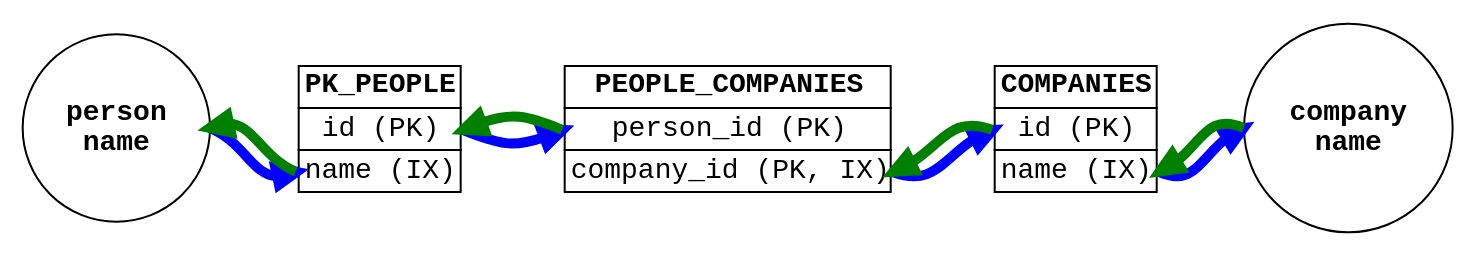
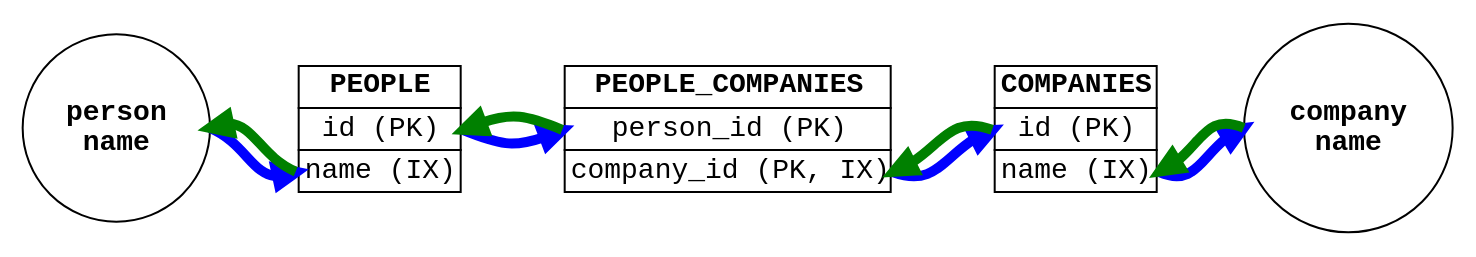
Before and after one commit to dangermike/associative_entity_redux: the diagram in img/abstract.dot, drawn with Graphviz. The commit also changed 8 other files, not shown here.

```diff
--- a/img/abstract.dot
+++ b/img/abstract.dot
@@ -1,53 +1,53 @@
 digraph {
     rankdir=LR
     node [fontname="courier"]
     graph [fontname="courier-bold" fontsize="18"]
 
     {
         node [fontname="courier-bold" shape="circle"]
         start_p [label="person\nname"]
         start_c [label="company\nname"]
     }
 
     pc [shape="plaintext" label=<<TABLE  BORDER="0" CELLBORDER="1" CELLSPACING="0">
         <TR><TD><B>PEOPLE_COMPANIES</B></TD></TR>
         <TR><TD port="pid">person_id (PK)</TD></TR>
         <TR><TD port="cid">company_id (PK, IX)</TD></TR>
     </TABLE>>]
 
     companies [shape="plaintext" label=<<TABLE  BORDER="0" CELLBORDER="1" CELLSPACING="0">
         <TR><TD><B>COMPANIES</B></TD></TR>
         <TR><TD port="cid">id (PK)</TD></TR>
         <TR><TD port="name">name (IX)</TD></TR>
     </TABLE>>]
 
     people [shape="plaintext" label=<<TABLE  BORDER="0" CELLBORDER="1" CELLSPACING="0">
-        <TR><TD><B>PK_PEOPLE</B></TD></TR>
+        <TR><TD><B>PEOPLE</B></TD></TR>
         <TR><TD port="pid">id (PK)</TD></TR>
         <TR><TD port="name">name (IX)</TD></TR>
     </TABLE>>]
 
     {
         edge [penwidth="5" color="blue"]
         start_p:e -> people:name
         people:pid -> pc:pid
         pc:cid -> companies:cid
         companies:name -> start_c:w
     }
 
     {
         edge [dir="back" penwidth="5" color="green"]
         companies:name -> start_c:w
         pc:cid -> companies:cid
         people:pid -> pc:pid
         start_p:e -> people:name
     }
 
     {
         edge [weight=1000 style="invis"]
         start_p:e -> people:w
         people:e -> pc:w
         pc:e -> companies:w
         companies:e -> start_c:w
     }
 }
```
